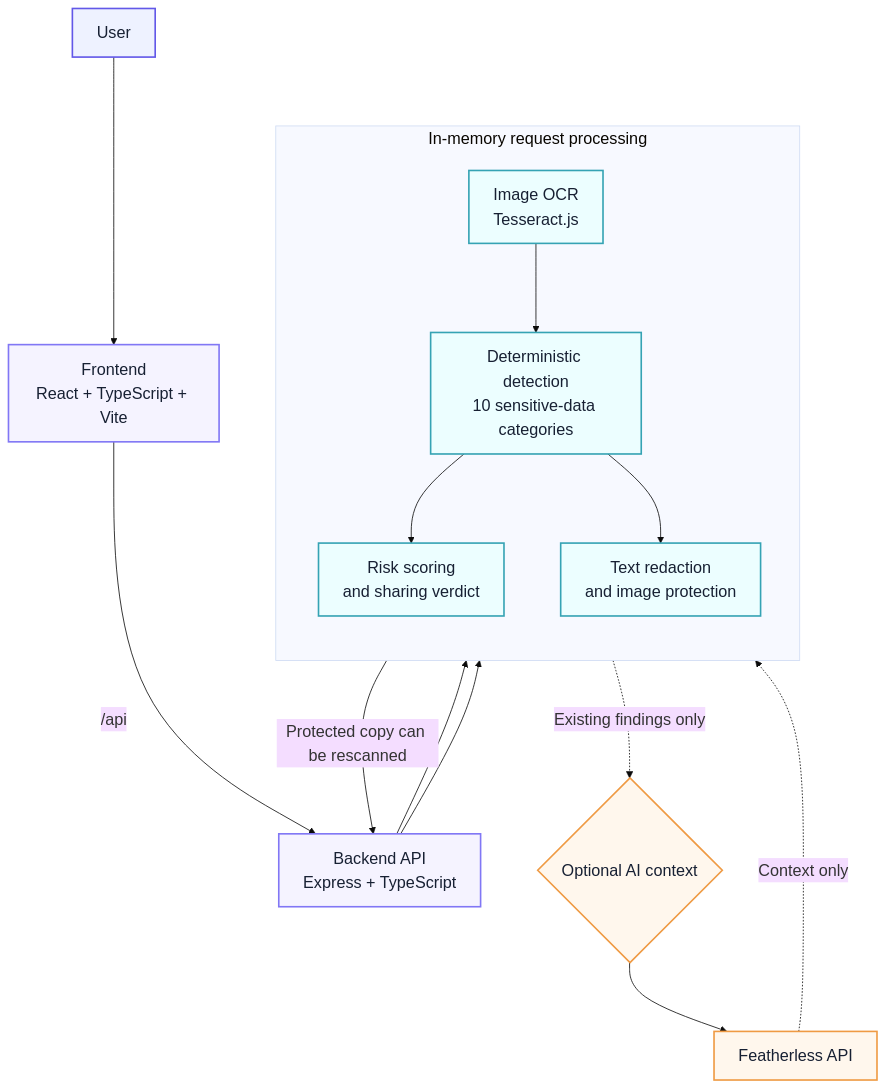
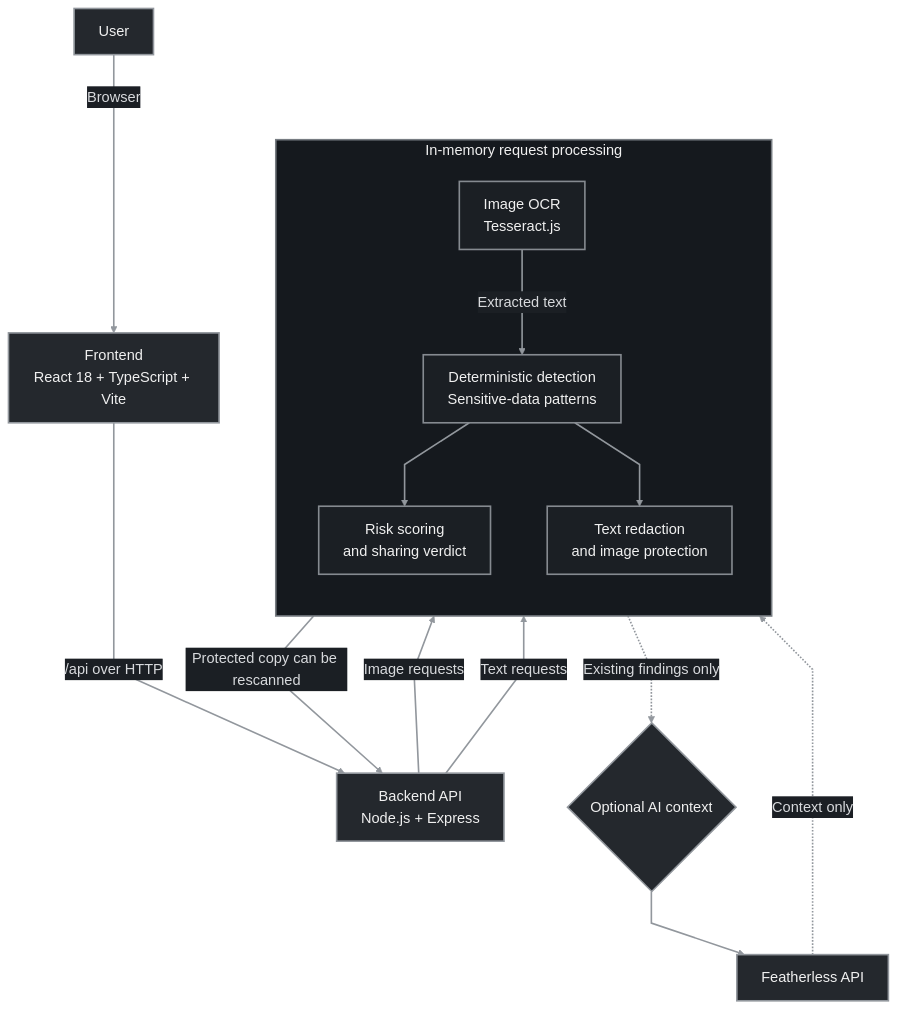
Before and after one commit to Tayyaba-Amin/PrivacyGuard: the diagram in README.md, drawn with Mermaid. The commit also changed other lines of this file, not shown here.

Commit message:
update : Readme architecture Diagram improved!

````diff
--- a/README.md
+++ b/README.md
@@ -44,39 +48,37 @@
 ```mermaid
-%%{init: {"theme": "base", "themeVariables": {"fontSize": "20px"}, "flowchart": {"nodeSpacing": 70, "rankSpacing": 85}}}%%
+%%{init: {"theme": "base", "themeVariables": {"background": "#0d1117", "primaryColor": "#24282d", "primaryTextColor": "#f0f0f0", "primaryBorderColor": "#92979d", "lineColor": "#92979d", "secondaryColor": "#1b1f24", "tertiaryColor": "#15191e", "clusterBkg": "#15191e", "clusterBorder": "#777c82", "fontFamily": "Arial, sans-serif", "fontSize": "18px"}, "flowchart": {"nodeSpacing": 70, "rankSpacing": 78, "curve": "linear"}}}%%
 flowchart TB
     USER["User"]
-    FE["Frontend<br/>React + TypeScript + Vite"]
-    API["Backend API<br/>Express + TypeScript"]
+    FE["Frontend<br/>React 18 + TypeScript + Vite"]
+    API["Backend API<br/>Node.js + Express"]
 
-    subgraph MEMORY["In-memory request processing"]
+    subgraph PIPELINE["In-memory request processing"]
         direction TB
         OCR["Image OCR<br/>Tesseract.js"]
-        DETECT["Deterministic detection<br/>10 sensitive-data categories"]
+        DETECT["Deterministic detection<br/>Sensitive-data patterns"]
         RISK["Risk scoring<br/>and sharing verdict"]
         PROTECT["Text redaction<br/>and image protection"]
     end
 
     AI{"Optional AI context"}
     PROVIDER["Featherless API"]
 
-    USER --> FE
-    FE -->|"/api"| API
-    API --> OCR
-    API --> DETECT
-    OCR --> DETECT
+    USER -->|"Browser"| FE
+    FE -->|"/api over HTTP"| API
+    API -->|"Image requests"| OCR
+    OCR -->|"Extracted text"| DETECT
+    API -->|"Text requests"| DETECT
     DETECT --> RISK
     DETECT --> PROTECT
     DETECT -. "Existing findings only" .-> AI
     AI --> PROVIDER
     PROVIDER -. "Context only" .-> RISK
     PROTECT -->|"Protected copy can be rescanned"| API
 
-    classDef actor fill:#eef2ff,stroke:#6258e8,color:#172033,stroke-width:2px
-    classDef service fill:#f5f3ff,stroke:#8177f5,color:#172033,stroke-width:2px
-    classDef process fill:#ecfeff,stroke:#35a3b4,color:#172033,stroke-width:2px
-    classDef optional fill:#fff7ed,stroke:#ef9a43,color:#172033,stroke-width:2px
-    class USER actor
-    class FE,API service
-    class OCR,DETECT,RISK,PROTECT process
-    class AI,PROVIDER optional
+    classDef node fill:#24282d,stroke:#92979d,color:#f0f0f0,stroke-width:2px
+    classDef subnode fill:#1b1f24,stroke:#858a90,color:#f0f0f0,stroke-width:2px
+    class USER,FE,API,AI,PROVIDER node
+    class OCR,DETECT,RISK,PROTECT subnode
+    style PIPELINE fill:#15191e,stroke:#777c82,stroke-width:2px,color:#f0f0f0
+    linkStyle default stroke:#92979d,stroke-width:2px,color:#d8dadd
 ```
````
